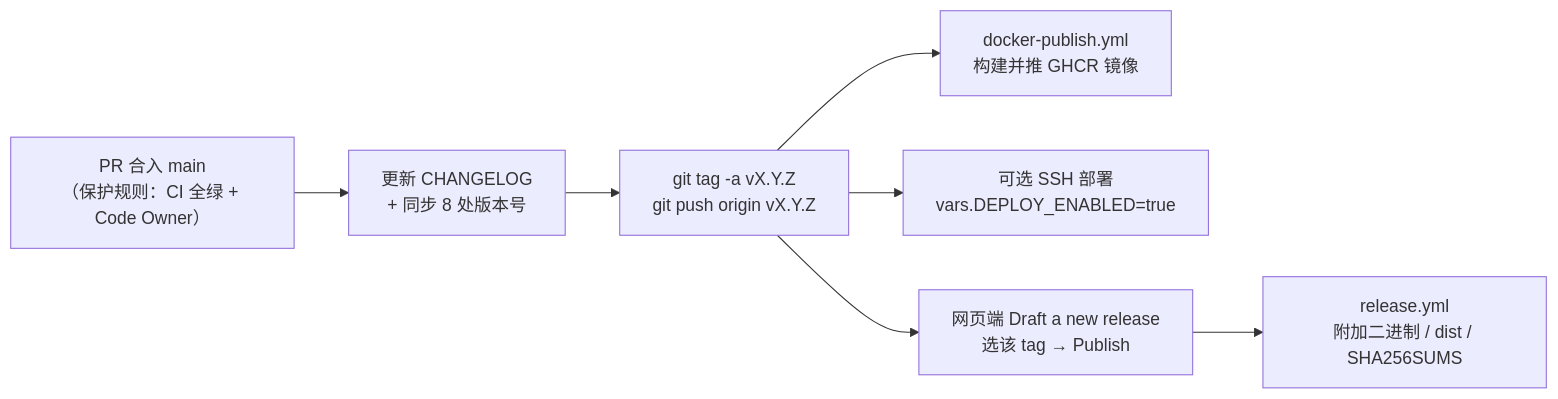
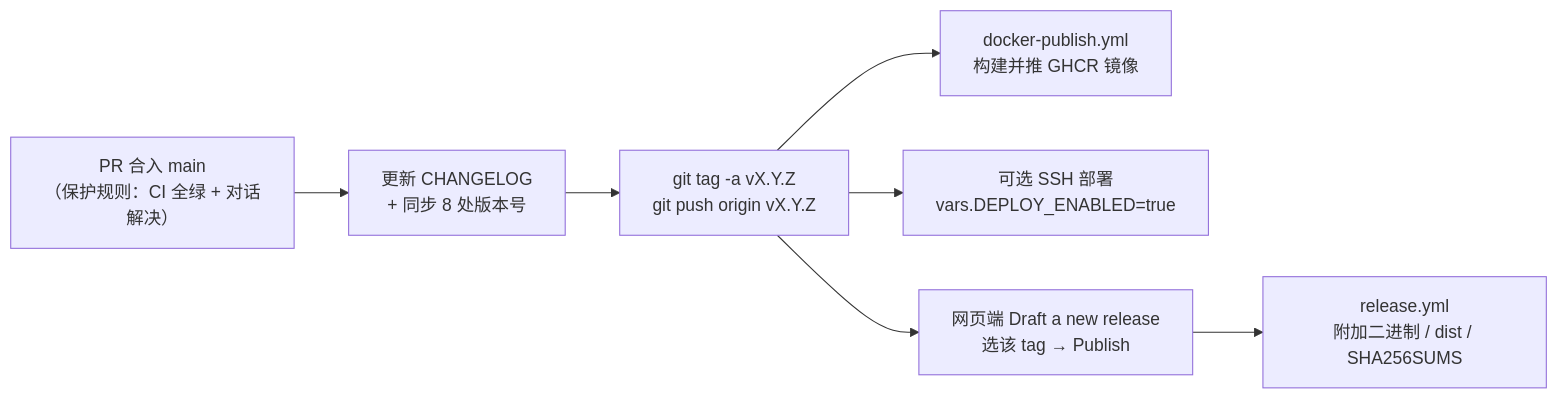
The diagram in docs/RELEASING.md (zimingYS/Rust_ERP), drawn with Mermaid before and after one commit. The commit also changed 7 other files, not shown here.

````diff
--- a/docs/RELEASING.md
+++ b/docs/RELEASING.md
@@ -40,9 +40,9 @@
 ```mermaid
 flowchart LR
-    A["PR 合入 main<br/>（保护规则：CI 全绿 + Code Owner）"] --> B["更新 CHANGELOG<br/>+ 同步 8 处版本号"]
+    A["PR 合入 main<br/>（保护规则：CI 全绿 + 对话解决）"] --> B["更新 CHANGELOG<br/>+ 同步 8 处版本号"]
     B --> C["git tag -a vX.Y.Z<br/>git push origin vX.Y.Z"]
     C --> D1["docker-publish.yml<br/>构建并推 GHCR 镜像"]
     C --> D2["可选 SSH 部署<br/>vars.DEPLOY_ENABLED=true"]
     C --> E["网页端 Draft a new release<br/>选该 tag → Publish"]
     E --> F["release.yml<br/>附加二进制 / dist / SHA256SUMS"]
 ```
````
